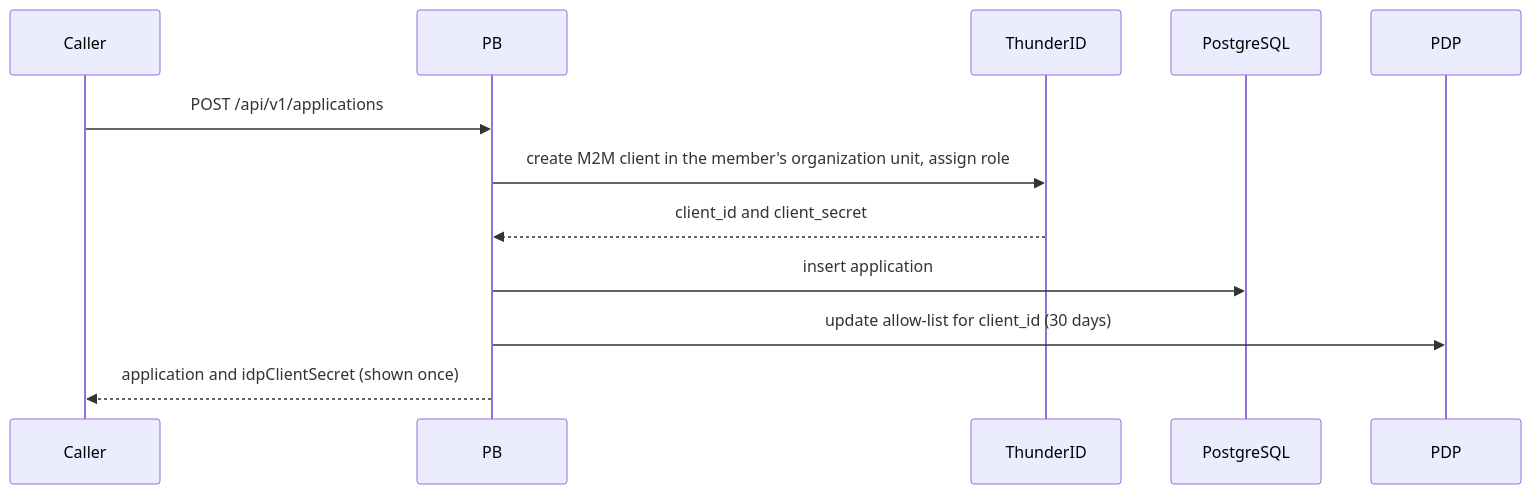
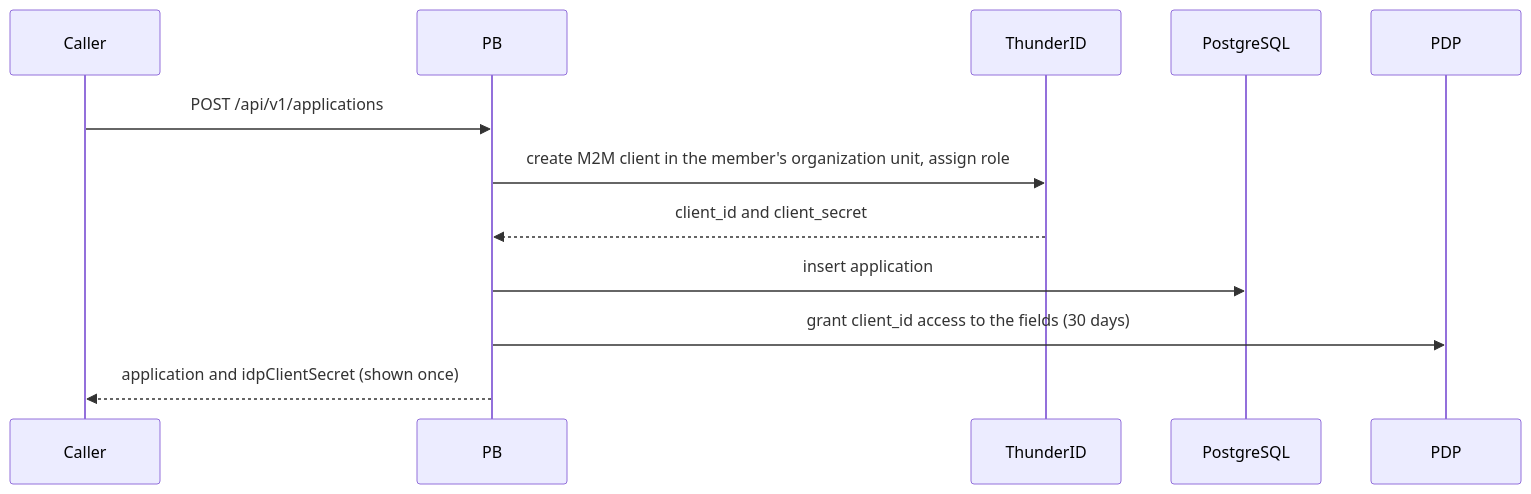
One commit to openndx/openndx-core changed the second of 2 diagrams in cmd/pb/README.md. Above: the diagram before and after it, drawn with Mermaid. The commit also changed other lines of this file and 29 other files, not shown here.

````diff
--- a/cmd/pb/README.md
+++ b/cmd/pb/README.md
@@ -79,14 +79,14 @@
 ```mermaid
 sequenceDiagram
     participant C as Caller
     participant PB
     participant IDP as ThunderID
     participant DB as PostgreSQL
     participant PDP
     C->>PB: POST /api/v1/applications
     PB->>IDP: create M2M client in the member's organization unit, assign role
     IDP-->>PB: client_id and client_secret
     PB->>DB: insert application
-    PB->>PDP: update allow-list for client_id (30 days)
+    PB->>PDP: grant client_id access to the fields (30 days)
     PB-->>C: application and idpClientSecret (shown once)
 ```
````
